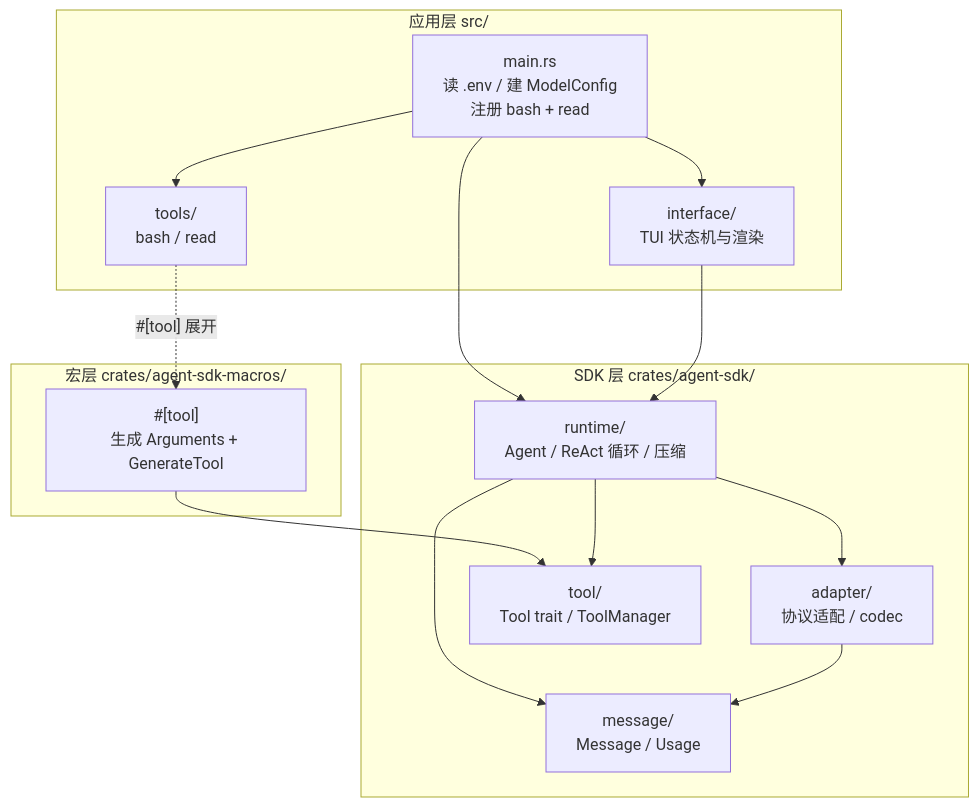
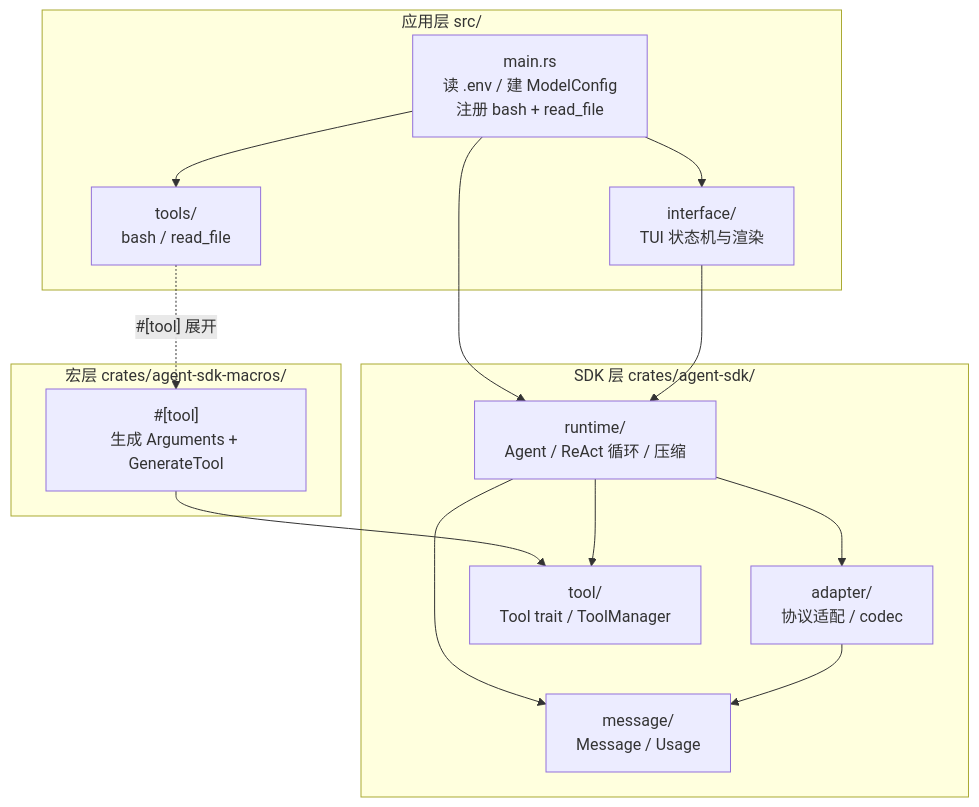
One commit to Seann0824/Shirley changed the first of 9 diagrams in docs/architecture.md. Above: the diagram before and after it, drawn with Mermaid. The commit also changed 8 other files, not shown here.

````diff
--- a/docs/architecture.md
+++ b/docs/architecture.md
@@ -17,30 +17,30 @@
 ```mermaid
 graph TD
     subgraph App["应用层 src/"]
-        MAIN["main.rs<br/>读 .env / 建 ModelConfig<br/>注册 bash + read"]
+        MAIN["main.rs<br/>读 .env / 建 ModelConfig<br/>注册 bash + read_file"]
         IFACE["interface/<br/>TUI 状态机与渲染"]
-        TOOLS["tools/<br/>bash / read"]
+        TOOLS["tools/<br/>bash / read_file"]
     end
 
     subgraph SDK["SDK 层 crates/agent-sdk/"]
         RUNTIME["runtime/<br/>Agent / ReAct 循环 / 压缩"]
         MSG["message/<br/>Message / Usage"]
         ADAPTER["adapter/<br/>协议适配 / codec"]
         TOOLM["tool/<br/>Tool trait / ToolManager"]
     end
 
     subgraph MACRO["宏层 crates/agent-sdk-macros/"]
         TOOLMACRO["#[tool]<br/>生成 Arguments + GenerateTool"]
     end
 
     MAIN --> IFACE
     MAIN --> TOOLS
     MAIN --> RUNTIME
     IFACE --> RUNTIME
     TOOLS -.->|"#[tool] 展开"| TOOLMACRO
     TOOLMACRO --> TOOLM
     RUNTIME --> MSG
     RUNTIME --> ADAPTER
     RUNTIME --> TOOLM
     ADAPTER --> MSG
 ```
````
